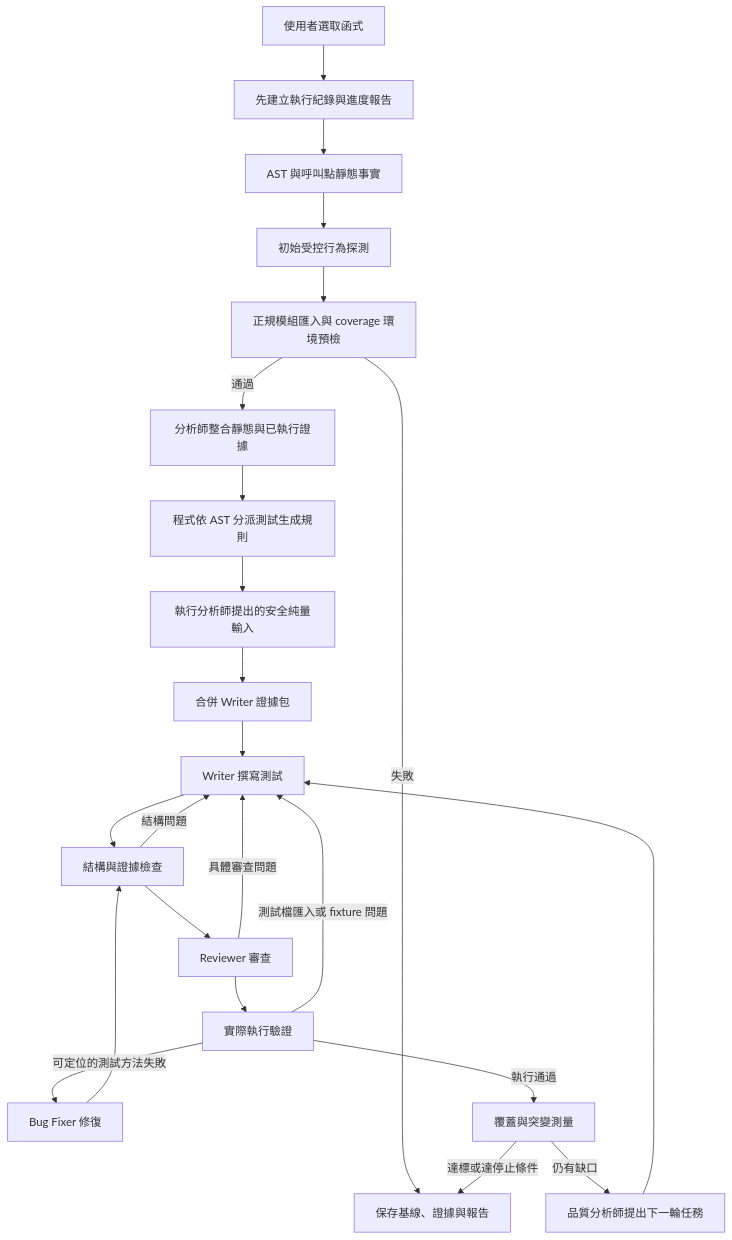
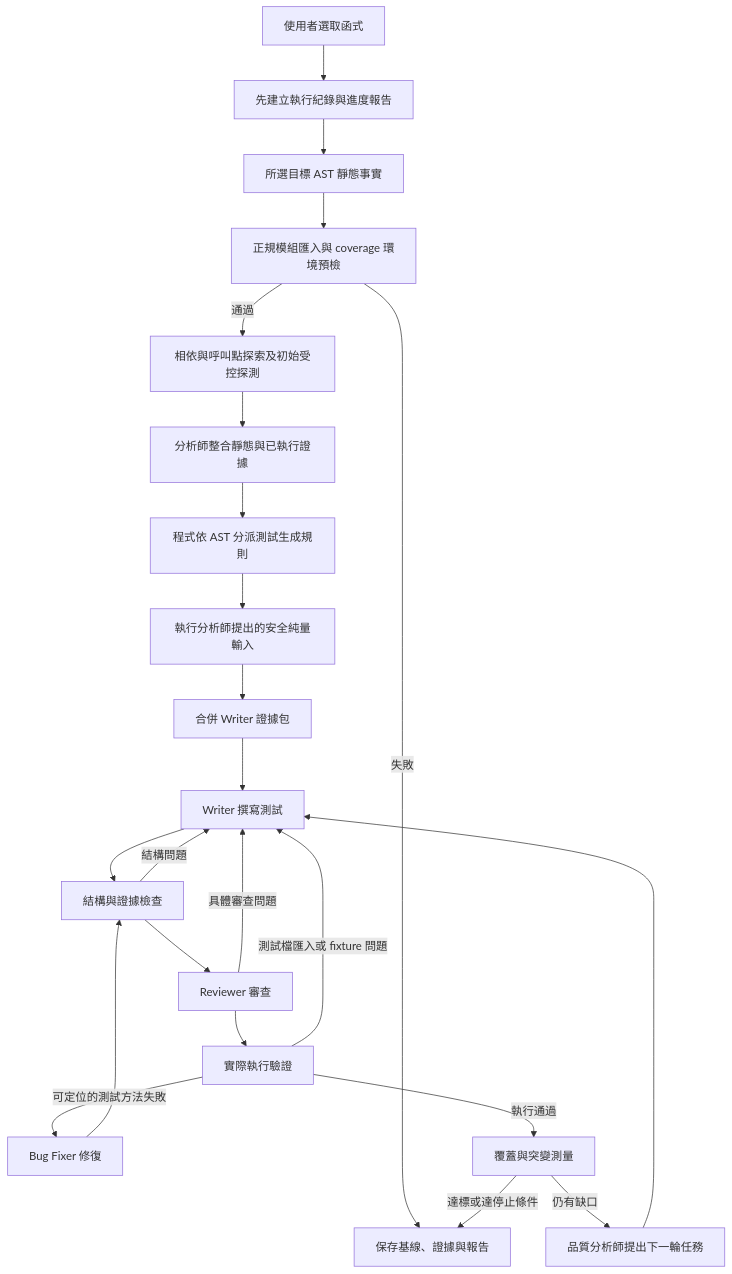
The diagram in ARCHITECTURE.md (Lane921129/vscode_llm_unit_test), drawn with Mermaid before and after one commit. The commit also changed other lines of this file and 22 other files, not shown here.

````diff
--- a/ARCHITECTURE.md
+++ b/ARCHITECTURE.md
@@ -15,25 +15,25 @@
 ```mermaid
 flowchart TD
     UI[使用者選取函式] --> Journal[先建立執行紀錄與進度報告]
-    Journal --> Static[AST 與呼叫點靜態事實]
-    Static --> InitialProbe[初始受控行為探測]
-    InitialProbe --> Preflight[正規模組匯入與 coverage 環境預檢]
+    Journal --> Static[所選目標 AST 靜態事實]
+    Static --> Preflight[正規模組匯入與 coverage 環境預檢]
     Preflight -->|失敗| Report[保存基線、證據與報告]
-    Preflight -->|通過| Analyst[分析師整合靜態與已執行證據]
+    Preflight -->|通過| InitialProbe[相依與呼叫點探索及初始受控探測]
+    InitialProbe --> Analyst[分析師整合靜態與已執行證據]
     Analyst --> Rules[程式依 AST 分派測試生成規則]
     Rules --> SupplementalProbe[執行分析師提出的安全純量輸入]
     SupplementalProbe --> Bundle[合併 Writer 證據包]
     Bundle --> Writer[Writer 撰寫測試]
     Writer --> Structure[結構與證據檢查]
     Structure --> Reviewer[Reviewer 審查]
     Reviewer --> Validation[實際執行驗證]
     Reviewer -->|具體審查問題| Writer
     Structure -->|結構問題| Writer
     Validation -->|可定位的測試方法失敗| Fixer[Bug Fixer 修復]
     Validation -->|測試檔匯入或 fixture 問題| Writer
     Fixer --> Structure
     Validation -->|執行通過| Quality[覆蓋與突變測量]
     Quality -->|仍有缺口| QualityAnalyst[品質分析師提出下一輪任務]
     QualityAnalyst --> Writer
     Quality -->|達標或達停止條件| Report
 ```
````
